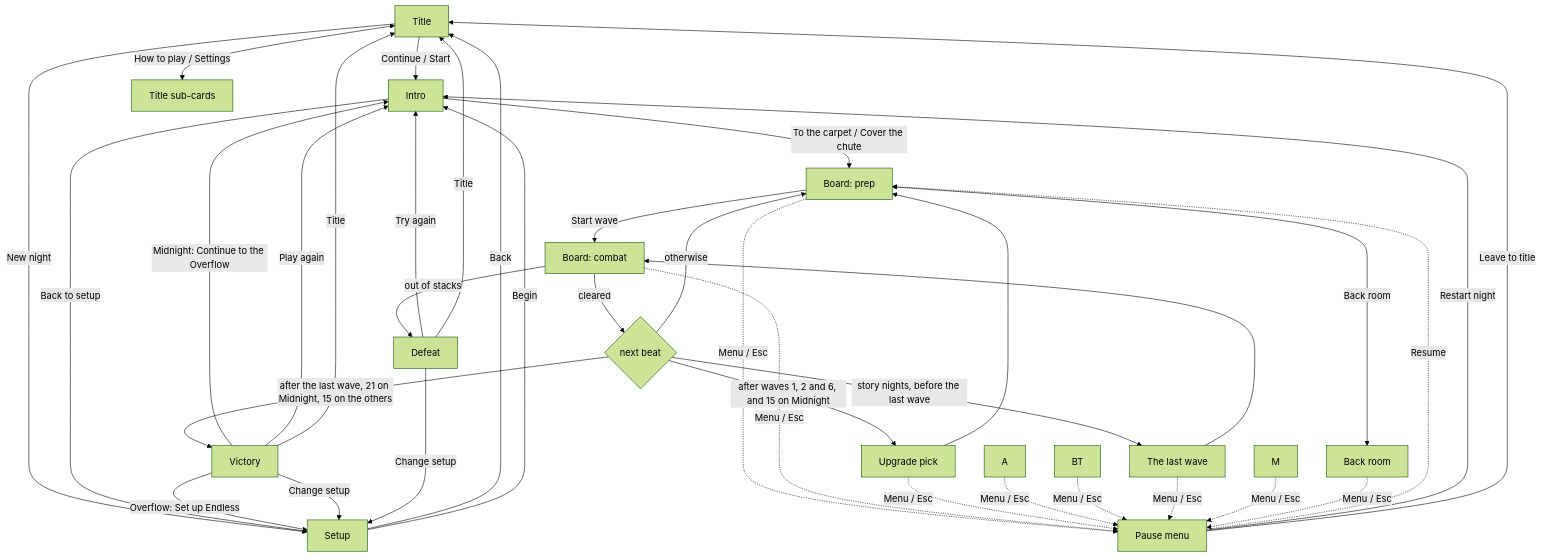
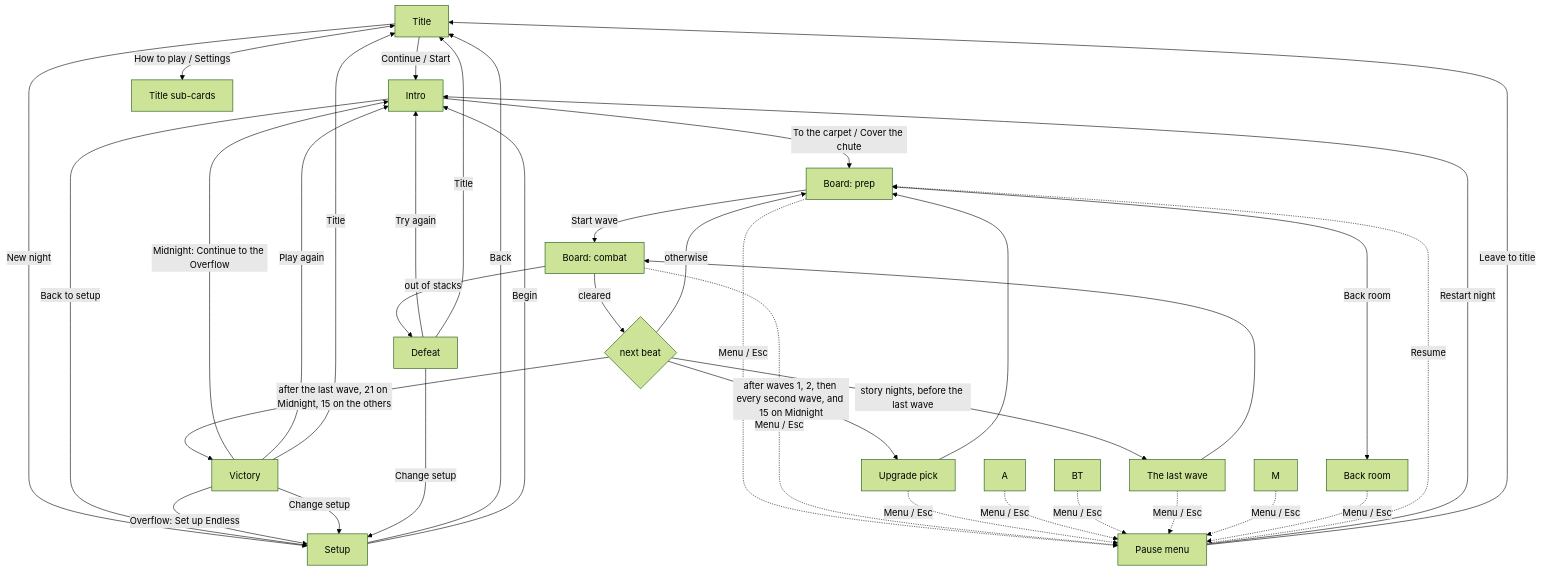
One commit to Jorthalion/melongeddon_v1 changed the diagram in docs/menu-navigation.md. Above: the diagram before and after it, drawn with Mermaid (forest theme). The commit also changed other lines of this file and 12 other files, not shown here.

````diff
--- a/docs/menu-navigation.md
+++ b/docs/menu-navigation.md
@@ -71,28 +71,28 @@
 ```mermaid
 flowchart TD
   T[Title] -->|Continue / Start| I[Intro]
   T -->|New night| S[Setup]
   T <-->|How to play / Settings| C[Title sub-cards]
   S -->|Back| T
   S -->|Begin| I
   I -->|Back to setup| S
   I -->|To the carpet / Cover the chute| P[Board: prep]
   P -->|Start wave| W[Board: combat]
   P <-->|Back room| B[Back room]
   W -->|cleared| X{next beat}
-  X -->|after waves 1, 2 and 6, and 15 on Midnight| U[Upgrade pick] --> P
+  X -->|after waves 1, 2, then every second wave, and 15 on Midnight| U[Upgrade pick] --> P
   X -->|story nights, before the last wave| CQ[The last wave] --> W
   X -->|otherwise| P
   X -->|after the last wave, 21 on Midnight, 15 on the others| V[Victory]
   W -->|out of stacks| D[Defeat]
   P & W & U & A & BT & CQ & M & B -.->|Menu / Esc| PM[Pause menu]
   PM -.->|Resume| P
   PM -->|Restart night| I
   PM -->|Leave to title| T
   V -->|Midnight: Continue to the Overflow| I
   V -->|Overflow: Set up Endless| S
   V -->|Play again| I
   D -->|Try again| I
   V & D -->|Change setup| S
   V & D -->|Title| T
 ```
````
